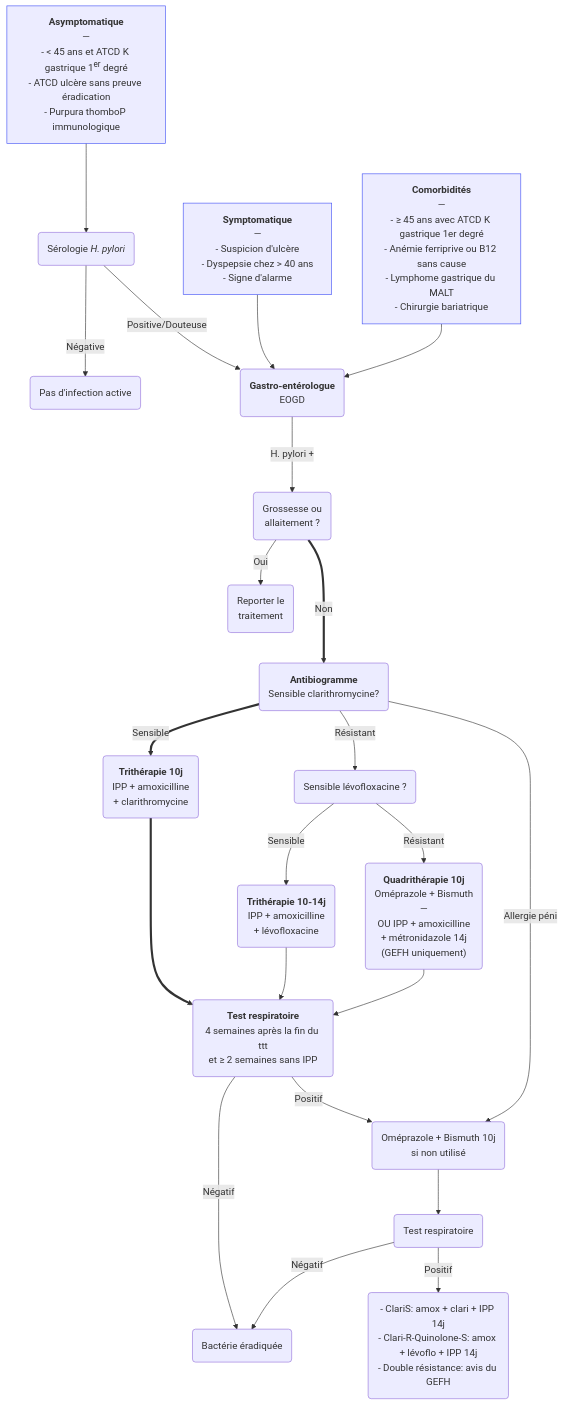
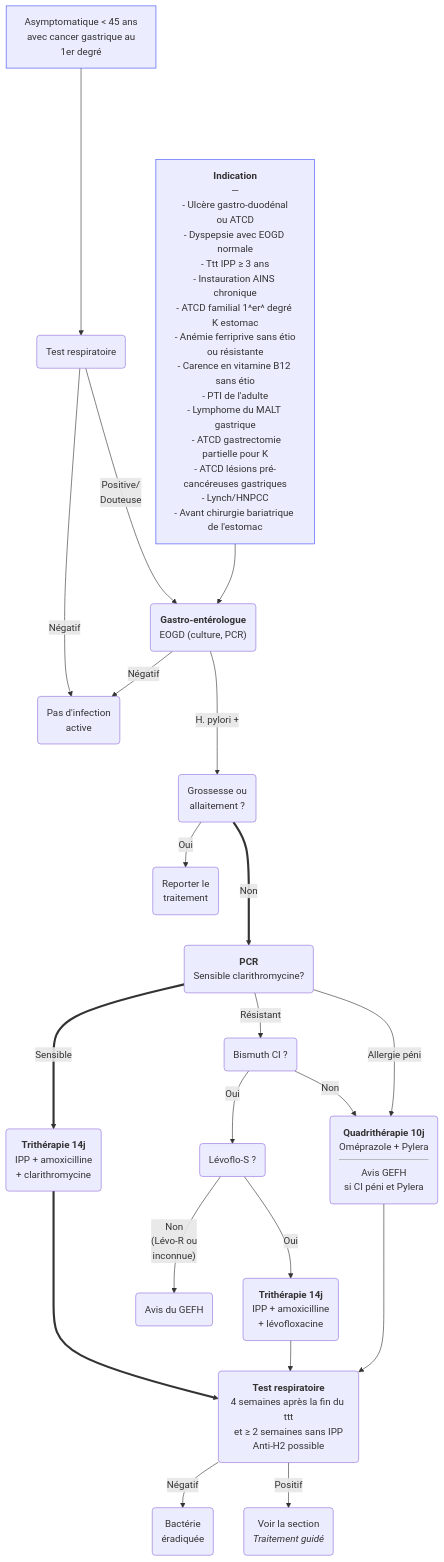
The second of 2 diagrams in content/recommandations/helicobacter-pylori.md (djibe/recommandations-medicales), drawn with Mermaid before and after one commit. The commit also changed other lines of this file and 2 other files, not shown here.

Commit message:
GEFH 2026

```diff
--- a/content/recommandations/helicobacter-pylori.md
+++ b/content/recommandations/helicobacter-pylori.md
@@ -461,24 +398,22 @@
-{{< mermaid title="Prise en charge de l'infection à Helicobacter pylori guidée par antibiogramme. Dr JB Fron d'après HAS/SPILF 2024 et GEFH 2021" >}}
+{{< mermaid title="Prise en charge de l'infection à Helicobacter pylori guidée par antibiogramme. Dr JB Fron d'après GEFH 2026" >}}
 graph TB
-  asymptomatique["<b>Asymptomatique</b><br>—<br>- &lt; 45 ans et ATCD K gastrique 1<sup>er</sup> degré<br>- ATCD ulcère sans preuve éradication<br>- Purpura thomboP immunologique"] --> serologie("Sérologie <em>H. pylori</em> ")
+  asymptomatique["Asymptomatique &lt; 45 ans<br>avec cancer gastrique au<br>1er degré"] ----> respi("Test respiratoire")
+    respi -- Négatif --> indemne(Pas d'infection<br>active)
+    respi -- "Positive/<br>Douteuse" --> gastro
+  indication["<b>Indication</b><br>—<br> - Ulcère gastro-duodénal ou ATCD<br>- Dyspepsie avec EOGD normale<br>- Ttt IPP ≥ 3 ans<br>- Instauration AINS chronique<br>- ATCD familial 1^er^ degré K estomac<br>- Anémie ferriprive sans étio<br>ou résistante<br>- Carence en vitamine B12 sans étio<br>- PTI de l'adulte<br>- Lymphome du MALT gastrique<br>  - ATCD gastrectomie partielle pour K<br>- ATCD lésions pré-cancéreuses gastriques<br>- Lynch/HNPCC<br>- Avant chirurgie bariatrique de l'estomac"] --> gastro("<b>Gastro-entérologue</b><br>EOGD (culture, PCR)")
+    gastro -- Négatif --> indemne
+    gastro -- H. pylori + ---> grossesse("Grossesse ou<br>allaitement ?")
+      grossesse == Non ===> antibiogramme("<b>PCR</b><br>Sensible clarithromycine?")
+        antibiogramme == Sensible ==> triAmox("<b>Trithérapie 14j</b><br>IPP + amoxicilline<br>+ clarithromycine")
+          triAmox ===> controle("<b>Test respiratoire</b><br>4 semaines après la fin du ttt<br>et ≥ 2 semaines sans IPP<br>Anti-H2 possible")
+        antibiogramme -- Résistant --> bismuthCI("Bismuth CI ?")
+          bismuthCI -- Oui --> levofloS(Lévoflo-S ?) -- Oui --> levoflo("<b>Trithérapie 14j</b><br>IPP + amoxicilline<br>+ lévofloxacine") --> controle
+            levofloS -- "Non<br>(Lévo-R ou<br>inconnue)" --> RCP(Avis du GEFH)
+          bismuthCI -- Non --> bismuth1("<b>Quadrithérapie 10j</b><br>Oméprazole + Pylera<hr>Avis GEFH<br>si CI péni et Pylera") --> controle
+          controle -- Négatif --> ok(Bactérie<br>éradiquée)
+          controle -- Positif --> autres("Voir la section<br><em>Traitement guidé</em>")
+        antibiogramme -- Allergie péni --> bismuth1
+      grossesse -- Oui --> reporter(Reporter le<br>traitement)
   style asymptomatique stroke:#4150f5, stroke-width:1px
-    serologie -- Négative --> indemne(Pas d'infection active)
-    serologie -- Positive/Douteuse --> gastro
-  suspicion["<b>Symptomatique</b><br>—<br>- Suspicion d'ulcère<br>- Dyspepsie chez &gt; 40 ans<br>- Signe d'alarme"] --> gastro("<b>Gastro-entérologue</b><br>EOGD")
-  style suspicion stroke:#4150f5, stroke-width:1px
-  suspect["<b>Comorbidités</b><br>—<br>- ≥ 45 ans avec ATCD K gastrique 1er degré<br>- Anémie ferriprive ou B12 sans cause<br>- Lymphome gastrique du MALT<br>- Chirurgie bariatrique"] --> gastro
-  style suspect stroke:#4150f5, stroke-width:1px
-    gastro -- H. pylori + ---> grossesse("Grossesse ou<br>allaitement ?")
-      grossesse == Non ===> antibiogramme("<b>Antibiogramme</b><br>Sensible clarithromycine?")
-        antibiogramme == Sensible ==> triAmox("<b>Trithérapie 10j</b><br>IPP + amoxicilline<br>+ clarithromycine")
-          triAmox ===> controle("<b>Test respiratoire</b><br>4 semaines après la fin du ttt<br>et ≥ 2 semaines sans IPP")
-        antibiogramme -- Résistant --> levofloS("Sensible lévofloxacine ?")
-          levofloS -- Sensible --> levoflo("<b>Trithérapie 10-14j</b><br>IPP + amoxicilline<br>+ lévofloxacine") --> controle
-          levofloS -- Résistant --> levofloR("<b>Quadrithérapie 10j</b><br>Oméprazole + Bismuth<br>—<br>OU IPP + amoxicilline<br>+ métronidazole 14j<br>(GEFH uniquement)") --> controle
-          controle -- Négatif --> ok(Bactérie éradiquée)
-          controle -- Positif --> bismuth("Oméprazole + Bismuth 10j<br>si non utilisé")
-            bismuth --> controle2(Test respiratoire) -- Négatif --> ok
-              controle2 -- Positif --> final("- ClariS: amox + clari + IPP 14j<br>- Clari-R-Quinolone-S: amox + lévoflo + IPP 14j<br>- Double résistance: avis du GEFH")
-        antibiogramme -- Allergie péni --> bismuth
-      grossesse -- Oui --> reporter(Reporter le<br>traitement)
+  style indication stroke:#4150f5, stroke-width:1px
 {{< /mermaid >}}
```
